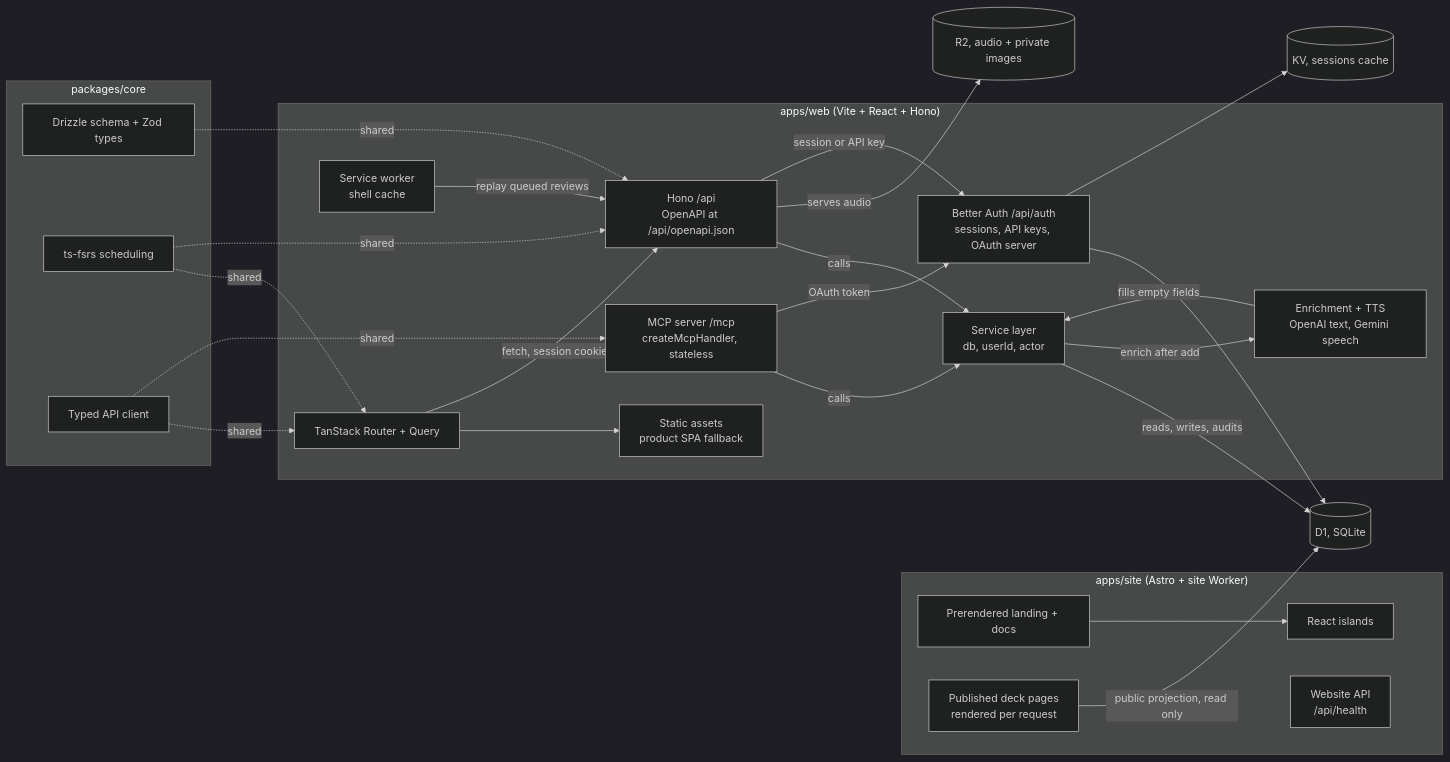
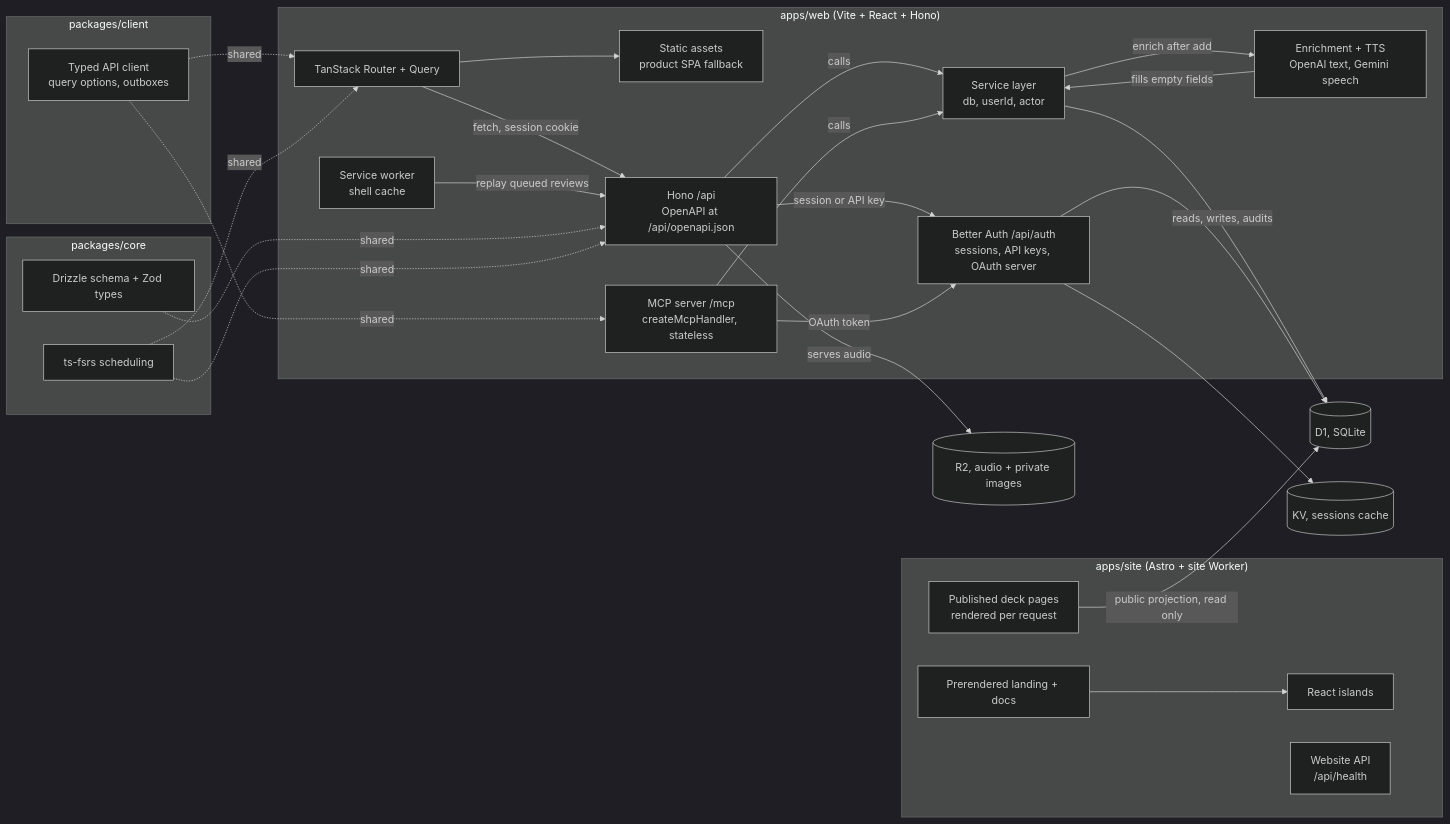
One commit to krambertech/lymi changed the diagram in docs/stack.md. Above: the diagram before and after it, drawn with Mermaid (dark theme). The commit also changed other lines of this file and 108 other files, not shown here.

First line of the commit message:
refactor(client): share the API client and outboxes with the phone

````diff
--- a/docs/stack.md
+++ b/docs/stack.md
@@ -9,48 +9,51 @@
 ```mermaid
 flowchart LR
   subgraph Site["apps/site (Astro + site Worker)"]
     Public[Prerendered landing + docs]
     Islands[React islands]
     Catalog[Published deck pages\nrendered per request]
     Health[Website API\n/api/health]
   end
   subgraph Product["apps/web (Vite + React + Hono)"]
     UI[TanStack Router + Query]
     SW[Service worker\nshell cache]
     Assets[Static assets\nproduct SPA fallback]
     API[Hono /api\nOpenAPI at /api/openapi.json]
     Services[Service layer\ndb, userId, actor]
     Auth[Better Auth /api/auth\nsessions, API keys, OAuth server]
     MCP[MCP server /mcp\ncreateMcpHandler, stateless]
     AI[Enrichment + TTS\nOpenAI text, Gemini speech]
   end
   subgraph Core["packages/core"]
     Schema[Drizzle schema + Zod types]
     FSRS[ts-fsrs scheduling]
-    Client[Typed API client]
+  end
+  subgraph Shared["packages/client"]
+    Client[Typed API client
+query options, outboxes]
   end
   D1[(D1, SQLite)]
   R2[(R2, audio + private images)]
   KV[(KV, sessions cache)]
 
   Public --> Islands
   Catalog -->|public projection, read only| D1
   UI --> Assets
   UI -->|fetch, session cookie| API
   SW -->|replay queued reviews| API
   API -->|calls| Services
   MCP -->|calls| Services
   Services -->|reads, writes, audits| D1
   Services -->|enrich after add| AI
   AI -->|fills empty fields| Services
   API -->|serves audio| R2
   API -->|session or API key| Auth
   MCP -->|OAuth token| Auth
   Auth --> D1
   Auth --> KV
   Client -.shared.-> UI
   Client -.shared.-> MCP
   Schema -.shared.-> API
   FSRS -.shared.-> UI
   FSRS -.shared.-> API
 ```
````
